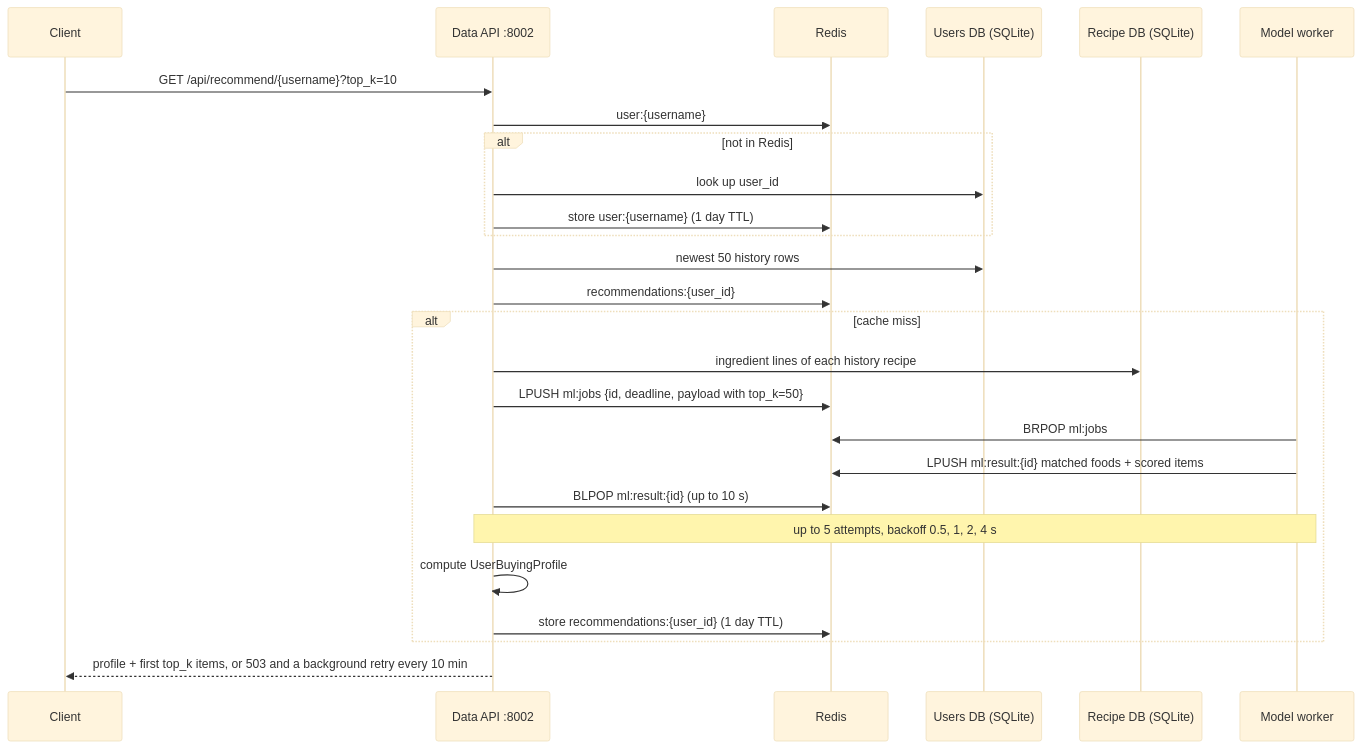
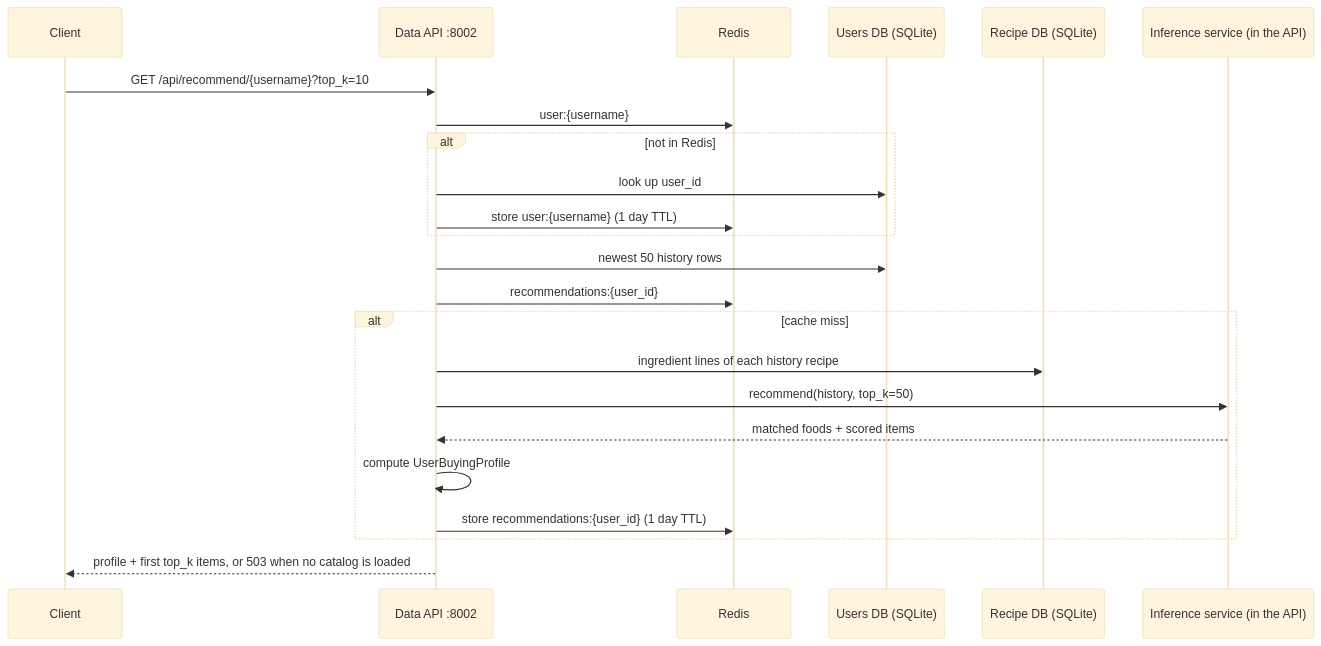
One commit to viettungvuong/remymy changed the diagram in RECOMMENDATION.md. Above: the diagram before and after it, drawn with Mermaid (base theme). The commit also changed other lines of this file and 32 other files, not shown here.

````diff
--- a/RECOMMENDATION.md
+++ b/RECOMMENDATION.md
@@ -17,29 +20,26 @@
 ```mermaid
 sequenceDiagram
     participant C as Client
     participant A as Data API :8002
     participant R as Redis
     participant U as Users DB (SQLite)
     participant D as Recipe DB (SQLite)
-    participant M as Model worker
+    participant M as Inference service (in the API)
 
     C->>A: GET /api/recommend/{username}?top_k=10
     A->>R: user:{username}
     alt not in Redis
         A->>U: look up user_id
         A->>R: store user:{username} (1 day TTL)
     end
     A->>U: newest 50 history rows
     A->>R: recommendations:{user_id}
     alt cache miss
         A->>D: ingredient lines of each history recipe
-        A->>R: LPUSH ml:jobs {id, deadline, payload with top_k=50}
-        M->>R: BRPOP ml:jobs
-        M->>R: LPUSH ml:result:{id} matched foods + scored items
-        A->>R: BLPOP ml:result:{id} (up to 10 s)
-        Note over A,M: up to 5 attempts, backoff 0.5, 1, 2, 4 s
+        A->>M: recommend(history, top_k=50)
+        M-->>A: matched foods + scored items
         A->>A: compute UserBuyingProfile
         A->>R: store recommendations:{user_id} (1 day TTL)
     end
-    A-->>C: profile + first top_k items, or 503 and a background retry every 10 min
+    A-->>C: profile + first top_k items, or 503 when no catalog is loaded
 ```
````
